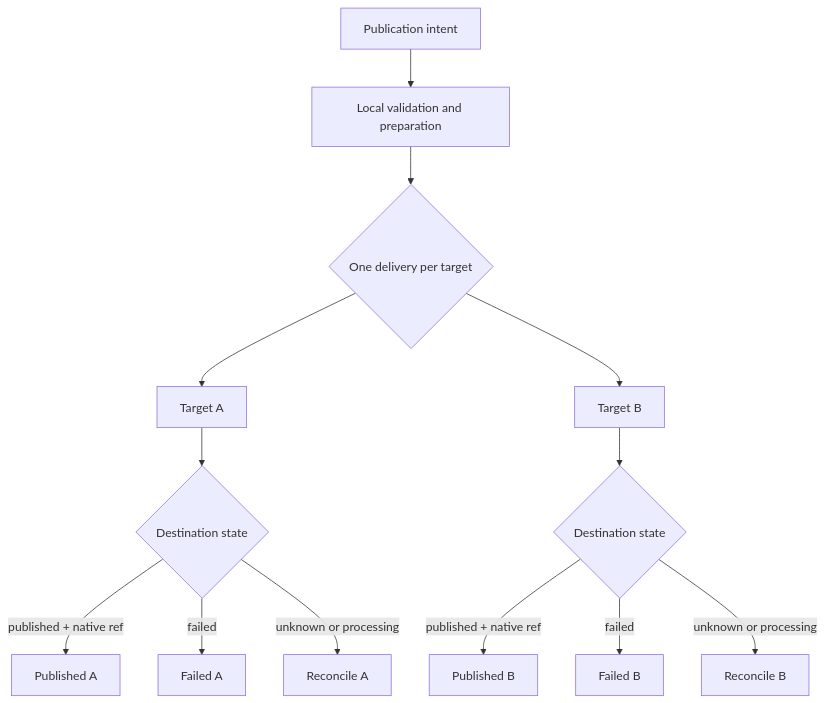
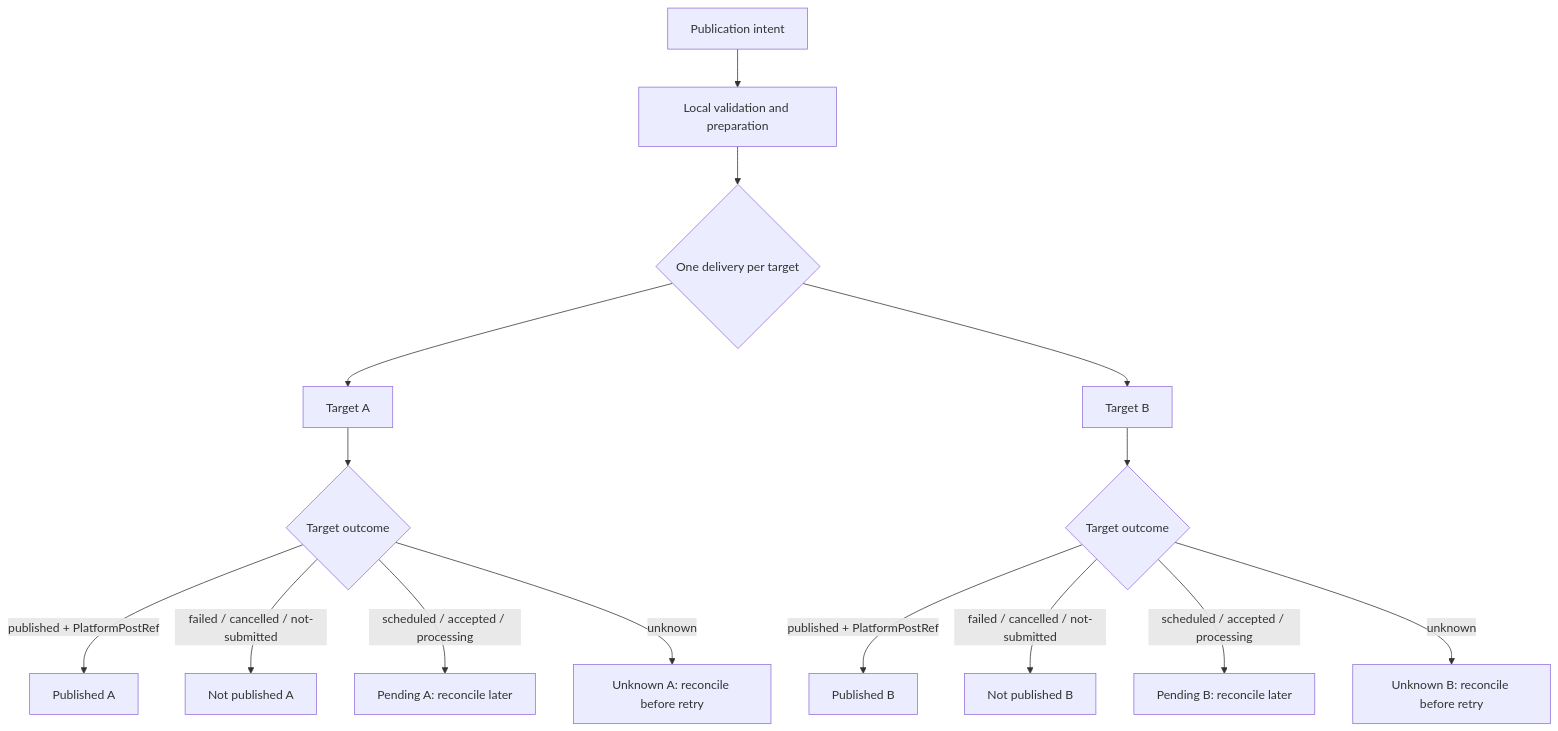
The third of 4 diagrams in apps/docs/docs/concepts/architecture.mdx (opencoredev/social-sdk), drawn with Mermaid before and after one commit. The commit also changed other lines of this file and 33 other files, not shown here.

````diff
--- a/apps/docs/docs/concepts/architecture.mdx
+++ b/apps/docs/docs/concepts/architecture.mdx
@@ -57,15 +66,17 @@
 ```mermaid
 flowchart TD
   Intent[Publication intent] --> Prepare[Local validation and preparation]
   Prepare --> Fanout{One delivery per target}
   Fanout --> A[Target A]
   Fanout --> B[Target B]
-  A --> AState{Destination state}
-  B --> BState{Destination state}
-  AState -->|published + native ref| DoneA[Published A]
-  AState -->|failed| FailedA[Failed A]
-  AState -->|unknown or processing| ReconcileA[Reconcile A]
-  BState -->|published + native ref| DoneB[Published B]
-  BState -->|failed| FailedB[Failed B]
-  BState -->|unknown or processing| ReconcileB[Reconcile B]
+  A --> AState{Target outcome}
+  B --> BState{Target outcome}
+  AState -->|published + PlatformPostRef| DoneA[Published A]
+  AState -->|failed / cancelled / not-submitted| StopA[Not published A]
+  AState -->|scheduled / accepted / processing| PendingA[Pending A: reconcile later]
+  AState -->|unknown| ReconcileA[Unknown A: reconcile before retry]
+  BState -->|published + PlatformPostRef| DoneB[Published B]
+  BState -->|failed / cancelled / not-submitted| StopB[Not published B]
+  BState -->|scheduled / accepted / processing| PendingB[Pending B: reconcile later]
+  BState -->|unknown| ReconcileB[Unknown B: reconcile before retry]
 ```
````
